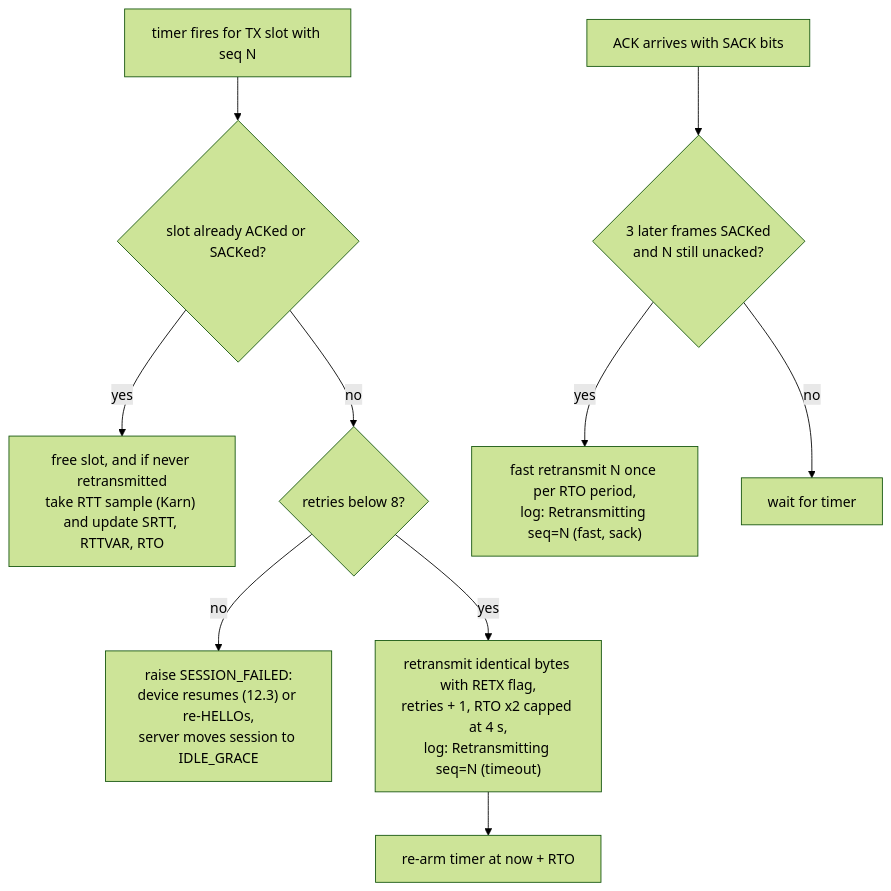
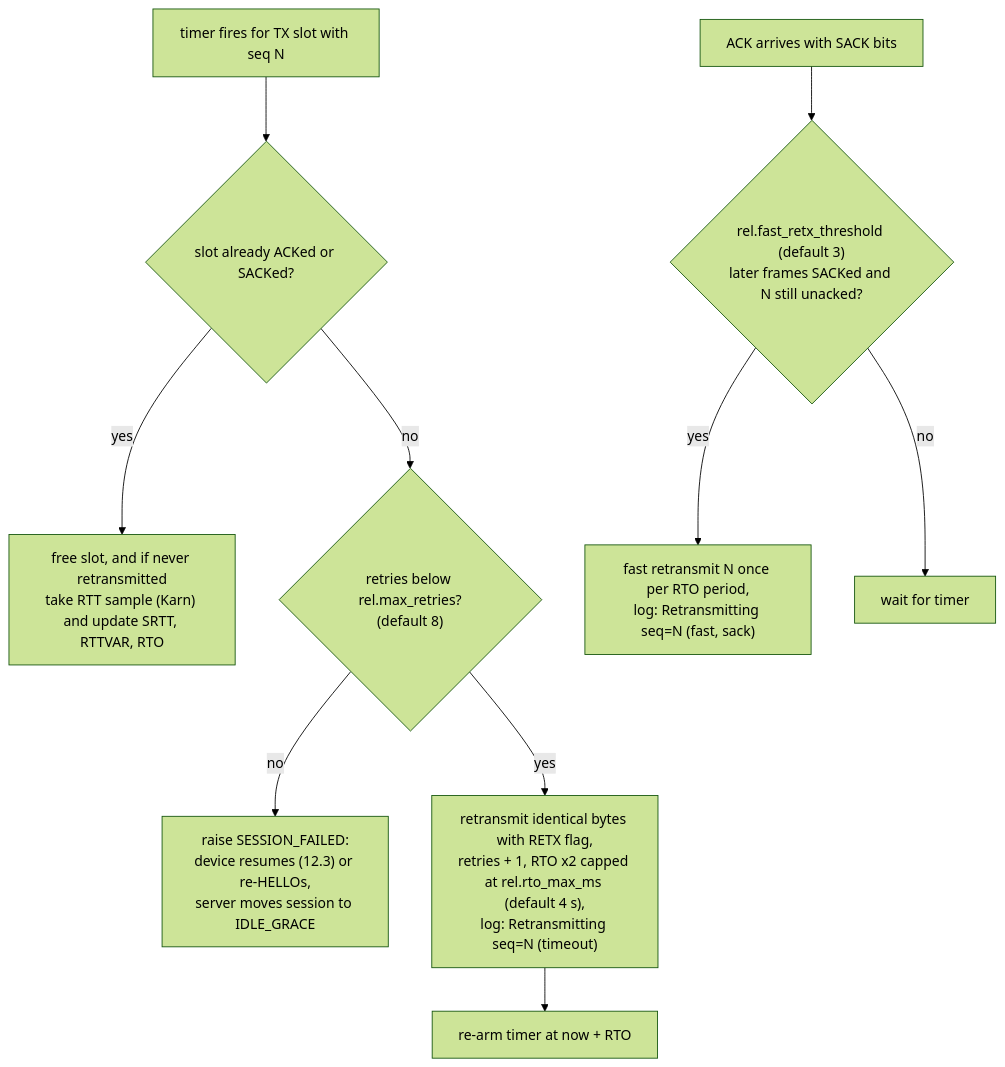
One commit to heysunilvk/ztp-project changed the tenth of 23 diagrams in DESIGN.md. Above: the diagram before and after it, drawn with Mermaid (forest theme). The commit also changed other lines of this file and 2 other files, not shown here.

````diff
--- a/DESIGN.md
+++ b/DESIGN.md
@@ -863,12 +994,12 @@
 ```mermaid
 flowchart TD
     T["timer fires for TX slot with seq N"] --> A{"slot already ACKed or SACKed?"}
     A -- yes --> Z["free slot, and if never retransmitted<br/>take RTT sample (Karn) and update SRTT, RTTVAR, RTO"]
-    A -- no --> B{"retries below 8?"}
+    A -- no --> B{"retries below rel.max_retries?<br/>(default 8)"}
     B -- no --> F["raise SESSION_FAILED:<br/>device resumes (12.3) or re-HELLOs,<br/>server moves session to IDLE_GRACE"]
-    B -- yes --> C["retransmit identical bytes with RETX flag,<br/>retries + 1, RTO x2 capped at 4 s,<br/>log: Retransmitting seq=N (timeout)"]
+    B -- yes --> C["retransmit identical bytes with RETX flag,<br/>retries + 1, RTO x2 capped at rel.rto_max_ms (default 4 s),<br/>log: Retransmitting seq=N (timeout)"]
     C --> R["re-arm timer at now + RTO"]
-    S["ACK arrives with SACK bits"] --> G{"3 later frames SACKed<br/>and N still unacked?"}
+    S["ACK arrives with SACK bits"] --> G{"rel.fast_retx_threshold (default 3)<br/>later frames SACKed and N still unacked?"}
     G -- yes --> H["fast retransmit N once per RTO period,<br/>log: Retransmitting seq=N (fast, sack)"]
     G -- no --> W["wait for timer"]
 ```
````
